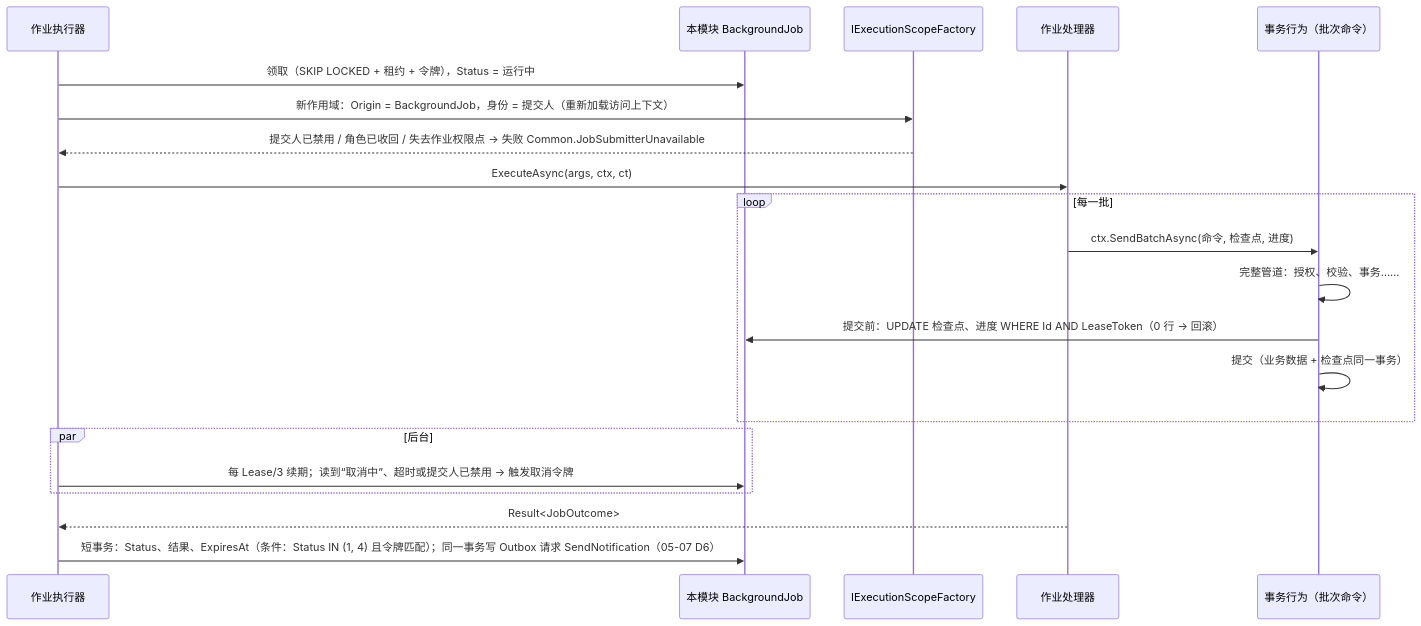
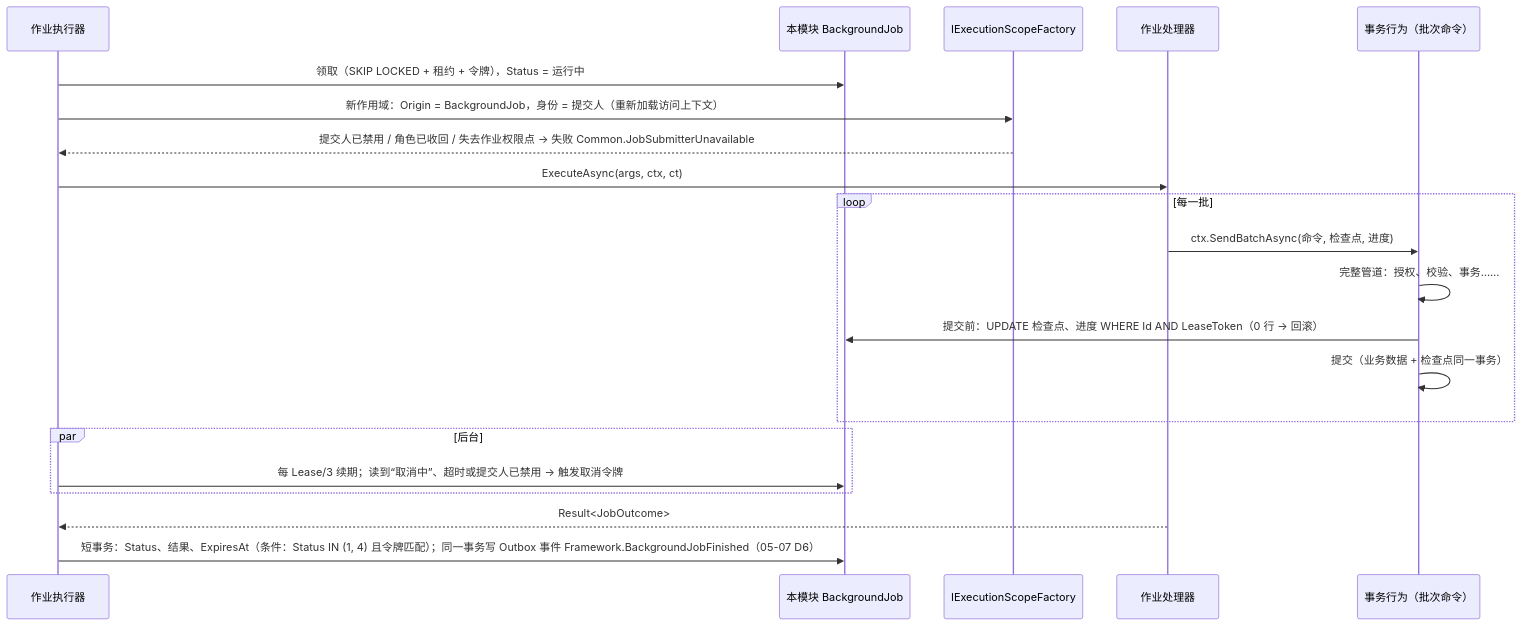
One commit to gw-hhh/KMIC.Platform changed the fourth of 4 diagrams in docs/framework/05-infrastructure/05-08-后台处理.md. Above: the diagram before and after it, drawn with Mermaid. The commit also changed other lines of this file and 137 other files, not shown here.

````diff
--- a/docs/framework/05-infrastructure/05-08-后台处理.md
+++ b/docs/framework/05-infrastructure/05-08-后台处理.md
@@ -476,23 +476,23 @@
 ```mermaid
 sequenceDiagram
     participant JR as 作业执行器
     participant JT as 本模块 BackgroundJob
     participant S as IExecutionScopeFactory
     participant H as 作业处理器
     participant T as 事务行为（批次命令）
     JR->>JT: 领取（SKIP LOCKED + 租约 + 令牌），Status = 运行中
     JR->>S: 新作用域：Origin = BackgroundJob，身份 = 提交人（重新加载访问上下文）
     S-->>JR: 提交人已禁用 / 角色已收回 / 失去作业权限点 → 失败 Common.JobSubmitterUnavailable
     JR->>H: ExecuteAsync(args, ctx, ct)
     loop 每一批
         H->>T: ctx.SendBatchAsync(命令, 检查点, 进度)
         T->>T: 完整管道：授权、校验、事务……
         T->>JT: 提交前：UPDATE 检查点、进度 WHERE Id AND LeaseToken（0 行 → 回滚）
         T->>T: 提交（业务数据 + 检查点同一事务）
     end
     par 后台
         JR->>JT: 每 Lease/3 续期；读到“取消中”、超时或提交人已禁用 → 触发取消令牌
     end
     H-->>JR: Result<JobOutcome>
-    JR->>JT: 短事务：Status、结果、ExpiresAt（条件：Status IN (1, 4) 且令牌匹配）；同一事务写 Outbox 请求 SendNotification（05-07 D6）
+    JR->>JT: 短事务：Status、结果、ExpiresAt（条件：Status IN (1, 4) 且令牌匹配）；同一事务写 Outbox 事件 Framework.BackgroundJobFinished（05-07 D6）
 ```
````
